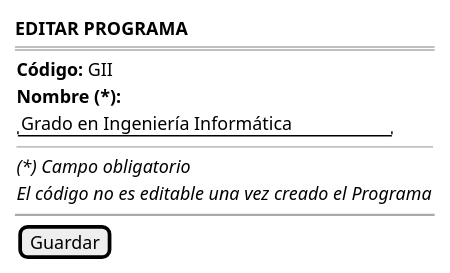
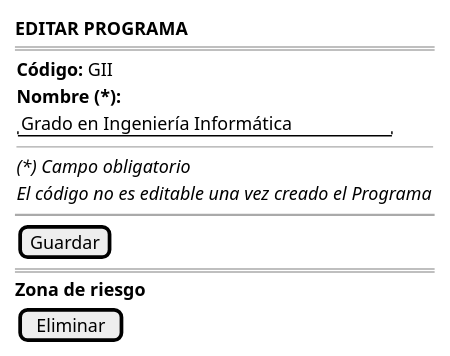
Before and after one commit to mmasias/pyCeldaPublico: the diagram in RUP/01-requisitos/03-detalle-casos-uso/editarPrograma/wireframes.puml, drawn with PlantUML. The commit also changed 184 other files, not shown here.

```diff
--- a/RUP/01-requisitos/03-detalle-casos-uso/editarPrograma/wireframes.puml
+++ b/RUP/01-requisitos/03-detalle-casos-uso/editarPrograma/wireframes.puml
@@ -1,16 +1,19 @@
 @startsalt editarPrograma-wireframe
 {
     <b>EDITAR PROGRAMA</b>
     ====
     {
         <b>Código:</b> GII
         <b>Nombre (*):</b>
         "Grado en Ingeniería Informática"
         --
         <i>(*) Campo obligatorio</i>
         <i>El código no es editable una vez creado el Programa</i>
     }
     ~~
     {[Guardar]}
+    ==
+    <b>Zona de riesgo</b>
+    {[Eliminar]}
 }
 @endsalt
```
